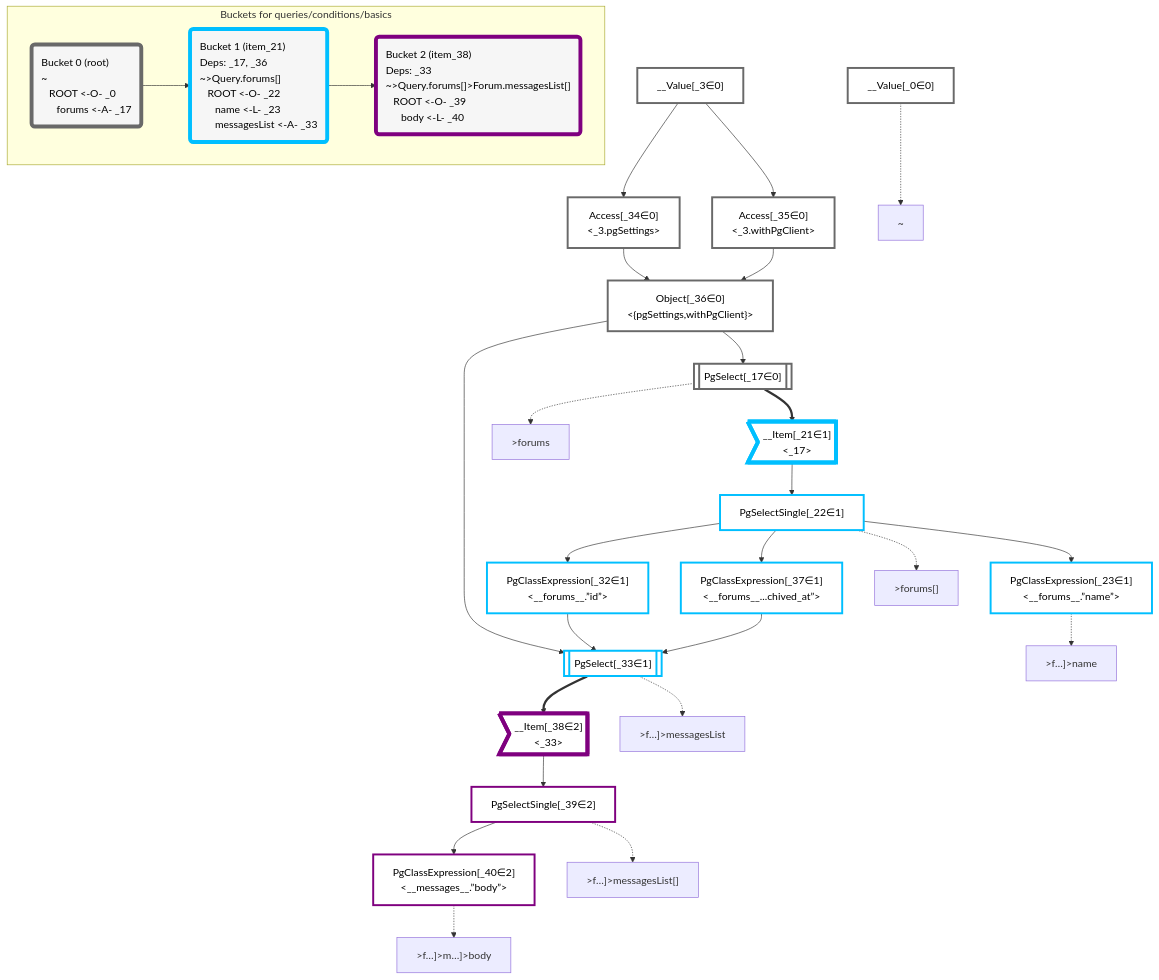
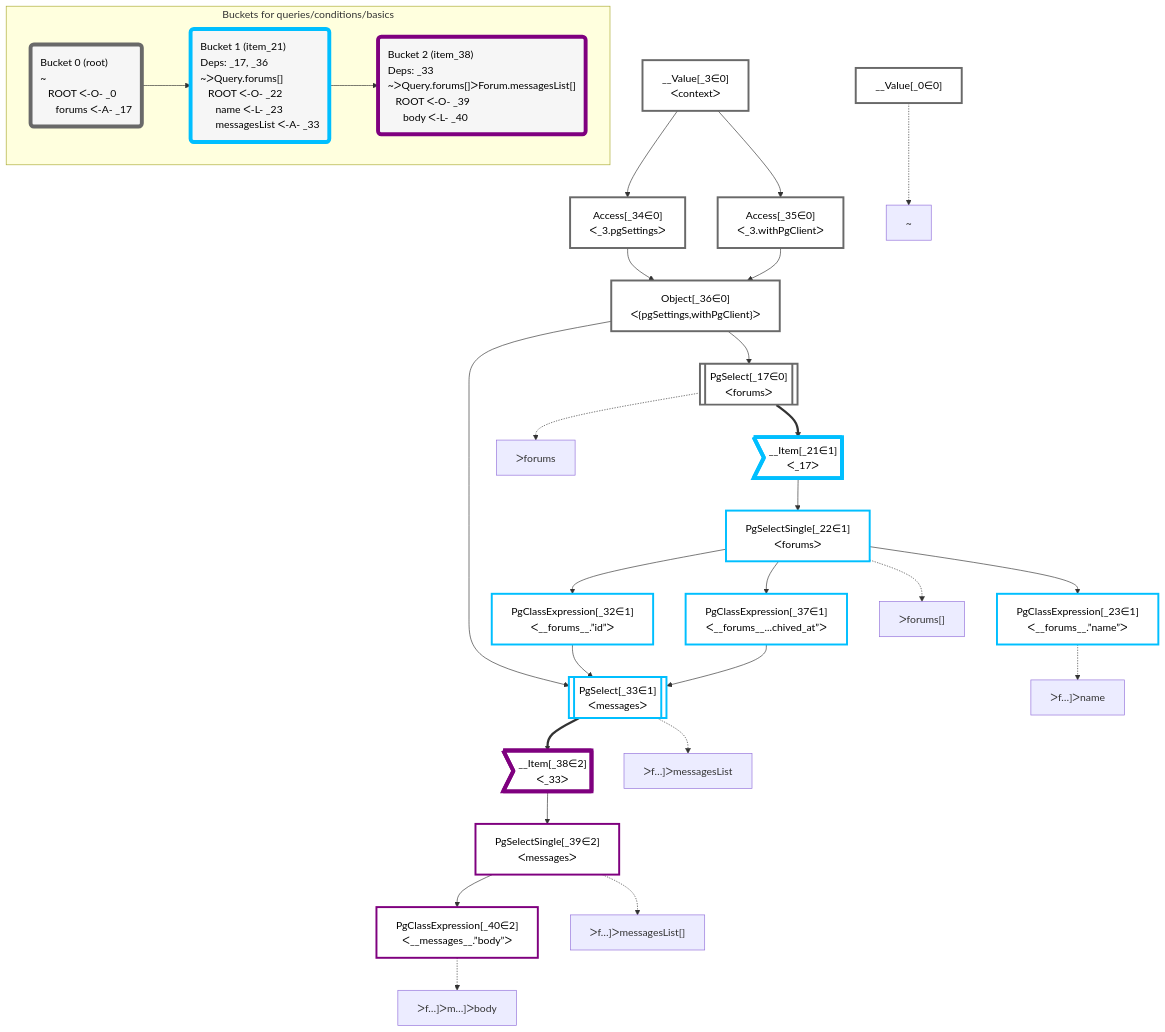
Before and after one commit to graphile/crystal: the diagram in packages/dataplan-pg/__tests__/queries/conditions/basics.deopt.mermaid.md, drawn with Mermaid. The commit also changed 195 other files, not shown here.

````diff
--- a/packages/dataplan-pg/__tests__/queries/conditions/basics.deopt.mermaid.md
+++ b/packages/dataplan-pg/__tests__/queries/conditions/basics.deopt.mermaid.md
@@ -1,79 +1,79 @@
 ```mermaid
 graph TD
     classDef path fill:#eee,stroke:#000,color:#000
     classDef plan fill:#fff,stroke-width:3px,color:#000
     classDef itemplan fill:#fff,stroke-width:6px,color:#000
     classDef sideeffectplan fill:#f00,stroke-width:6px,color:#000
     classDef bucket fill:#f6f6f6,color:#000,stroke-width:6px,text-align:left
 
 
     %% define plans
     __Value_0["__Value[_0∈0]"]:::plan
-    __Value_3["__Value[_3∈0]<br /><context>"]:::plan
-    PgSelect_17[["PgSelect[_17∈0]<br /><forums>"]]:::plan
-    __Item_21>"__Item[_21∈1]<br /><_17>"]:::itemplan
-    PgSelectSingle_22["PgSelectSingle[_22∈1]<br /><forums>"]:::plan
-    PgClassExpression_23["PgClassExpression[_23∈1]<br /><__forums__.”name”>"]:::plan
-    PgClassExpression_32["PgClassExpression[_32∈1]<br /><__forums__.”id”>"]:::plan
-    PgSelect_33[["PgSelect[_33∈1]<br /><messages>"]]:::plan
-    Access_34["Access[_34∈0]<br /><_3.pgSettings>"]:::plan
-    Access_35["Access[_35∈0]<br /><_3.withPgClient>"]:::plan
-    Object_36["Object[_36∈0]<br /><{pgSettings,withPgClient}>"]:::plan
-    PgClassExpression_37["PgClassExpression[_37∈1]<br /><__forums__...chived_at”>"]:::plan
-    __Item_38>"__Item[_38∈2]<br /><_33>"]:::itemplan
-    PgSelectSingle_39["PgSelectSingle[_39∈2]<br /><messages>"]:::plan
-    PgClassExpression_40["PgClassExpression[_40∈2]<br /><__messages__.”body”>"]:::plan
+    __Value_3["__Value[_3∈0]<br />ᐸcontextᐳ"]:::plan
+    PgSelect_17[["PgSelect[_17∈0]<br />ᐸforumsᐳ"]]:::plan
+    __Item_21>"__Item[_21∈1]<br />ᐸ_17ᐳ"]:::itemplan
+    PgSelectSingle_22["PgSelectSingle[_22∈1]<br />ᐸforumsᐳ"]:::plan
+    PgClassExpression_23["PgClassExpression[_23∈1]<br />ᐸ__forums__.”name”ᐳ"]:::plan
+    PgClassExpression_32["PgClassExpression[_32∈1]<br />ᐸ__forums__.”id”ᐳ"]:::plan
+    PgSelect_33[["PgSelect[_33∈1]<br />ᐸmessagesᐳ"]]:::plan
+    Access_34["Access[_34∈0]<br />ᐸ_3.pgSettingsᐳ"]:::plan
+    Access_35["Access[_35∈0]<br />ᐸ_3.withPgClientᐳ"]:::plan
+    Object_36["Object[_36∈0]<br />ᐸ{pgSettings,withPgClient}ᐳ"]:::plan
+    PgClassExpression_37["PgClassExpression[_37∈1]<br />ᐸ__forums__...chived_at”ᐳ"]:::plan
+    __Item_38>"__Item[_38∈2]<br />ᐸ_33ᐳ"]:::itemplan
+    PgSelectSingle_39["PgSelectSingle[_39∈2]<br />ᐸmessagesᐳ"]:::plan
+    PgClassExpression_40["PgClassExpression[_40∈2]<br />ᐸ__messages__.”body”ᐳ"]:::plan
 
     %% plan dependencies
     Object_36 --> PgSelect_17
     PgSelect_17 ==> __Item_21
     __Item_21 --> PgSelectSingle_22
     PgSelectSingle_22 --> PgClassExpression_23
     PgSelectSingle_22 --> PgClassExpression_32
     Object_36 --> PgSelect_33
     PgClassExpression_32 --> PgSelect_33
     PgClassExpression_37 --> PgSelect_33
     __Value_3 --> Access_34
     __Value_3 --> Access_35
     Access_34 --> Object_36
     Access_35 --> Object_36
     PgSelectSingle_22 --> PgClassExpression_37
     PgSelect_33 ==> __Item_38
     __Item_38 --> PgSelectSingle_39
     PgSelectSingle_39 --> PgClassExpression_40
 
     %% plan-to-path relationships
     P_0["~"]
     __Value_0 -.-> P_0
-    P_17[">forums"]
+    P_17["ᐳforums"]
     PgSelect_17 -.-> P_17
-    P_22[">forums[]"]
+    P_22["ᐳforums[]"]
     PgSelectSingle_22 -.-> P_22
-    P_23[">f…]>name"]
+    P_23["ᐳf…]ᐳname"]
     PgClassExpression_23 -.-> P_23
-    P_33[">f…]>messagesList"]
+    P_33["ᐳf…]ᐳmessagesList"]
     PgSelect_33 -.-> P_33
-    P_39[">f…]>messagesList[]"]
+    P_39["ᐳf…]ᐳmessagesList[]"]
     PgSelectSingle_39 -.-> P_39
-    P_40[">f…]>m…]>body"]
+    P_40["ᐳf…]ᐳm…]ᐳbody"]
     PgClassExpression_40 -.-> P_40
 
     %% allocate buckets
     classDef bucket0 stroke:#696969
     class __Value_0,__Value_3,PgSelect_17,Access_34,Access_35,Object_36 bucket0
     classDef bucket1 stroke:#00bfff
     class __Item_21,PgSelectSingle_22,PgClassExpression_23,PgClassExpression_32,PgSelect_33,PgClassExpression_37 bucket1
     classDef bucket2 stroke:#7f007f
     class __Item_38,PgSelectSingle_39,PgClassExpression_40 bucket2
 
     subgraph "Buckets for queries/conditions/basics"
-    Bucket0("Bucket 0 (root)<br />~<br />⠀ROOT <-O- _0<br />⠀⠀forums <-A- _17"):::bucket
+    Bucket0("Bucket 0 (root)<br />~<br />⠀ROOT ᐸ-O- _0<br />⠀⠀forums ᐸ-A- _17"):::bucket
     style Bucket0 stroke:#696969
-    Bucket1("Bucket 1 (item_21)<br />Deps: _17, _36<br />~>Query.forums[]<br />⠀ROOT <-O- _22<br />⠀⠀name <-L- _23<br />⠀⠀messagesList <-A- _33"):::bucket
+    Bucket1("Bucket 1 (item_21)<br />Deps: _17, _36<br />~ᐳQuery.forums[]<br />⠀ROOT ᐸ-O- _22<br />⠀⠀name ᐸ-L- _23<br />⠀⠀messagesList ᐸ-A- _33"):::bucket
     style Bucket1 stroke:#00bfff
     Bucket0 --> Bucket1
-    Bucket2("Bucket 2 (item_38)<br />Deps: _33<br />~>Query.forums[]>Forum.messagesList[]<br />⠀ROOT <-O- _39<br />⠀⠀body <-L- _40"):::bucket
+    Bucket2("Bucket 2 (item_38)<br />Deps: _33<br />~ᐳQuery.forums[]ᐳForum.messagesList[]<br />⠀ROOT ᐸ-O- _39<br />⠀⠀body ᐸ-L- _40"):::bucket
     style Bucket2 stroke:#7f007f
     Bucket1 --> Bucket2
     end
 ```
````
